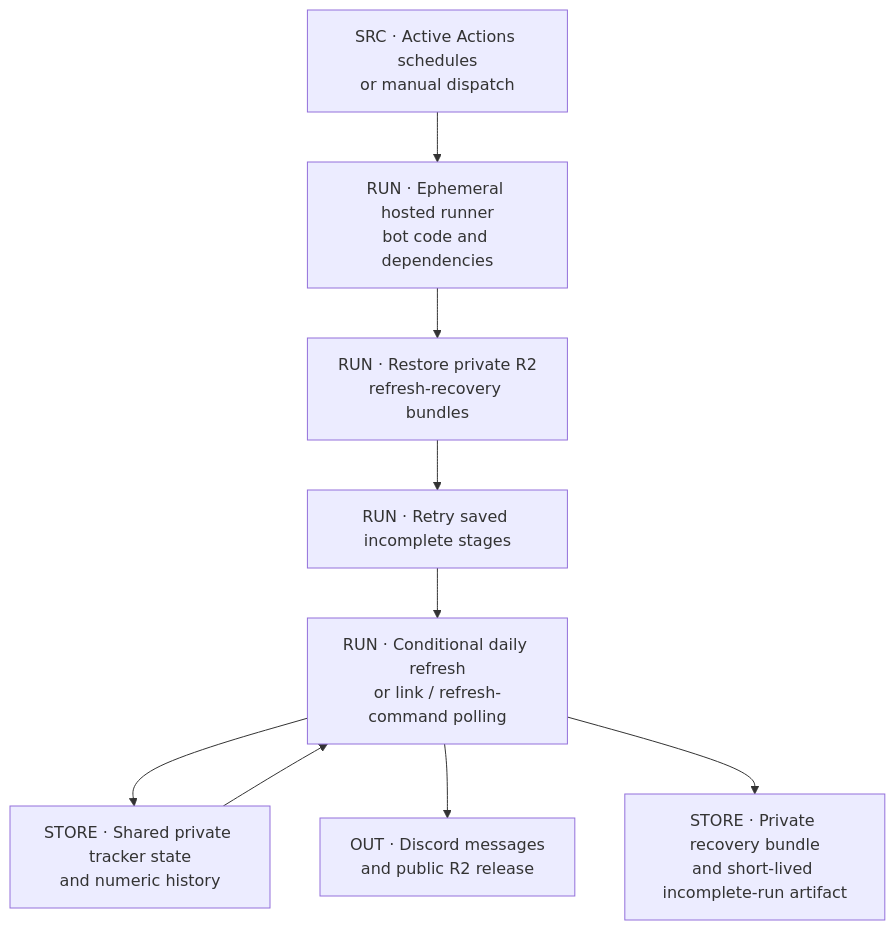
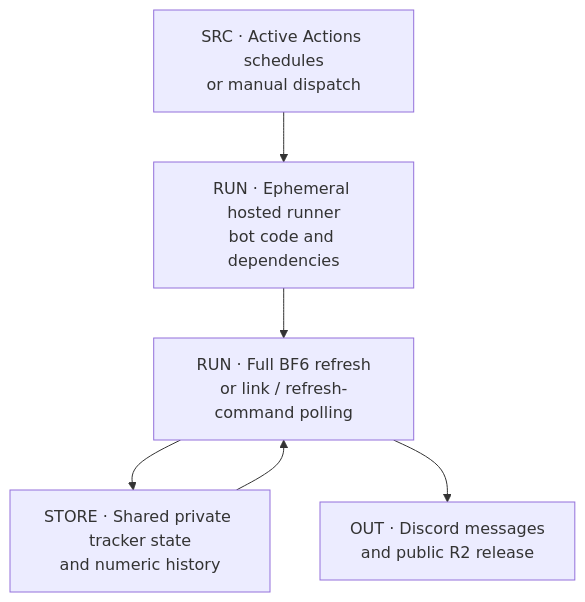
One commit to raymdl/kdm-bf6-rankings changed the third of 5 diagrams in atlas/OPERATIONS.md. Above: the diagram before and after it, drawn with Mermaid. The commit also changed other lines of this file and 10 other files, not shown here.

````diff
--- a/atlas/OPERATIONS.md
+++ b/atlas/OPERATIONS.md
@@ -82,19 +87,13 @@
 ```mermaid
 flowchart TB
   TRIG["SRC · Active Actions schedules<br/>or manual dispatch"]
   RUNNER["RUN · Ephemeral hosted runner<br/>bot code and dependencies"]
-  RESTORE["RUN · Restore private R2<br/>refresh-recovery bundles"]
-  RETRY["RUN · Retry saved incomplete stages"]
-  WORK["RUN · Conditional daily refresh<br/>or link / refresh-command polling"]
+  WORK["RUN · Full BF6 refresh<br/>or link / refresh-command polling"]
   STATE["STORE · Shared private tracker state<br/>and numeric history"]
   PUB["OUT · Discord messages<br/>and public R2 release"]
-  SAVE["STORE · Private recovery bundle<br/>and short-lived incomplete-run artifact"]
   TRIG --> RUNNER
-  RUNNER --> RESTORE
-  RESTORE --> RETRY
-  RETRY --> WORK
+  RUNNER --> WORK
   STATE --> WORK
   WORK --> STATE
   WORK --> PUB
-  WORK --> SAVE
 ```
````
